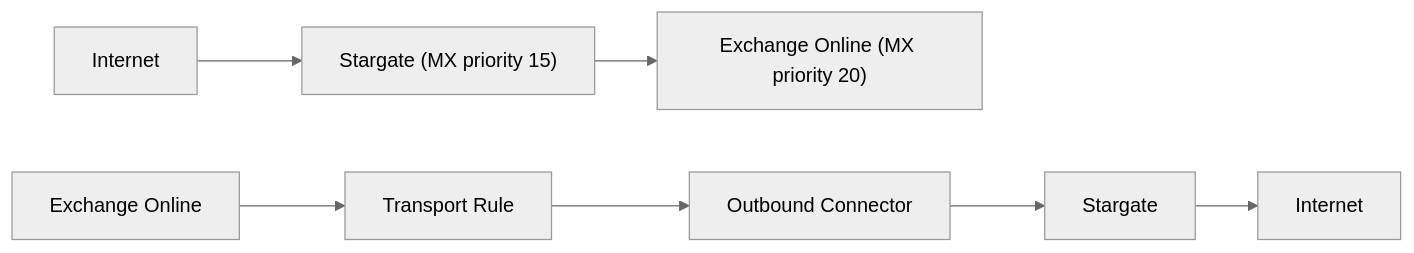
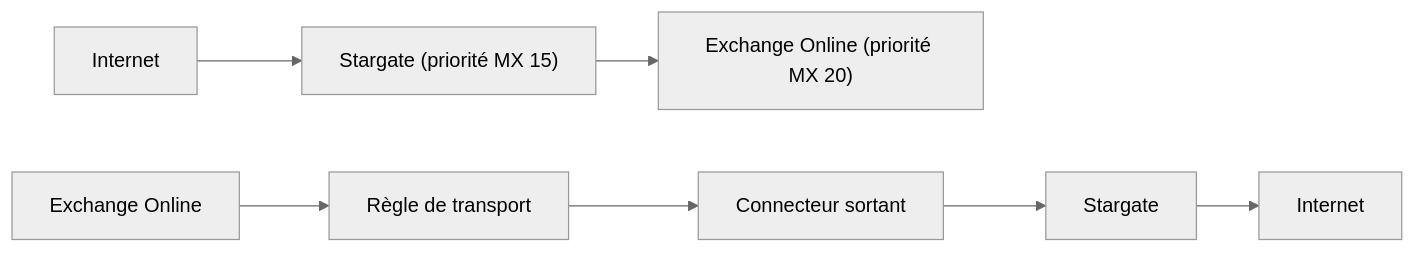
Before and after one commit to Health-Info-Net-AG/Stargate-deployment: the first of 2 diagrams in docs/fr/Exchange-integration.md, drawn with Mermaid (neutral theme). The commit also changed other lines of this file and 19 other files, not shown here.

````diff
--- a/docs/fr/Exchange-integration.md
+++ b/docs/fr/Exchange-integration.md
@@ -18,13 +18,13 @@
 ```mermaid
 flowchart LR
     I1 --> mx15 --> mx20
     EO --> TR --> OC --> Stargate --> I2
     I1["Internet"]
     I2["Internet"]
-    mx15["Stargate (MX priority 15)"]
-    mx20["Exchange Online (MX priority 20)"]
+    mx15["Stargate (priorité MX 15)"]
+    mx20["Exchange Online (priorité MX 20)"]
     EO["Exchange Online"]
-    TR["Transport Rule"]
-    OC["Outbound Connector"]
+    TR["Règle de transport"]
+    OC["Connecteur sortant"]
     Stargate
 ```
````
